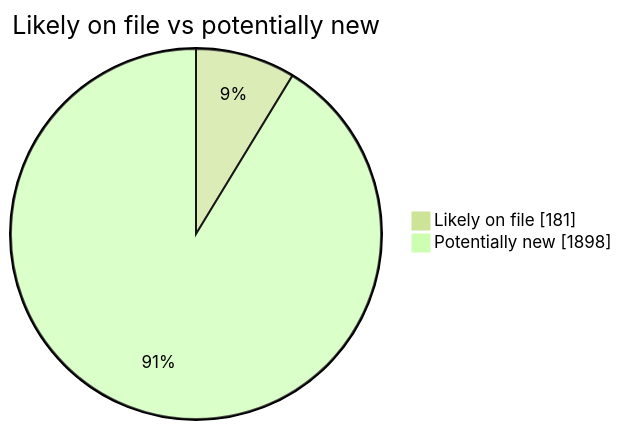
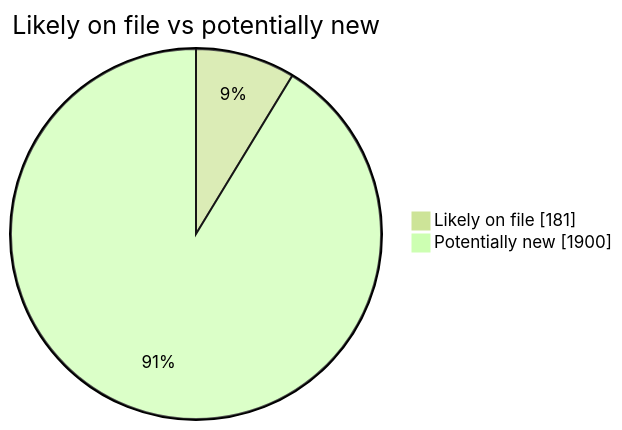
Before and after one commit to martinbalfanz/social-scanner-reports: the second of 4 diagrams in README.md, drawn with Mermaid (forest theme). The commit also changed other lines of this file and 4 other files, not shown here.

````diff
--- a/README.md
+++ b/README.md
@@ -40,5 +40,5 @@
 ```mermaid
 pie showData title Likely on file vs potentially new
     "Likely on file" : 181
-    "Potentially new" : 1898
+    "Potentially new" : 1900
 ```
````
